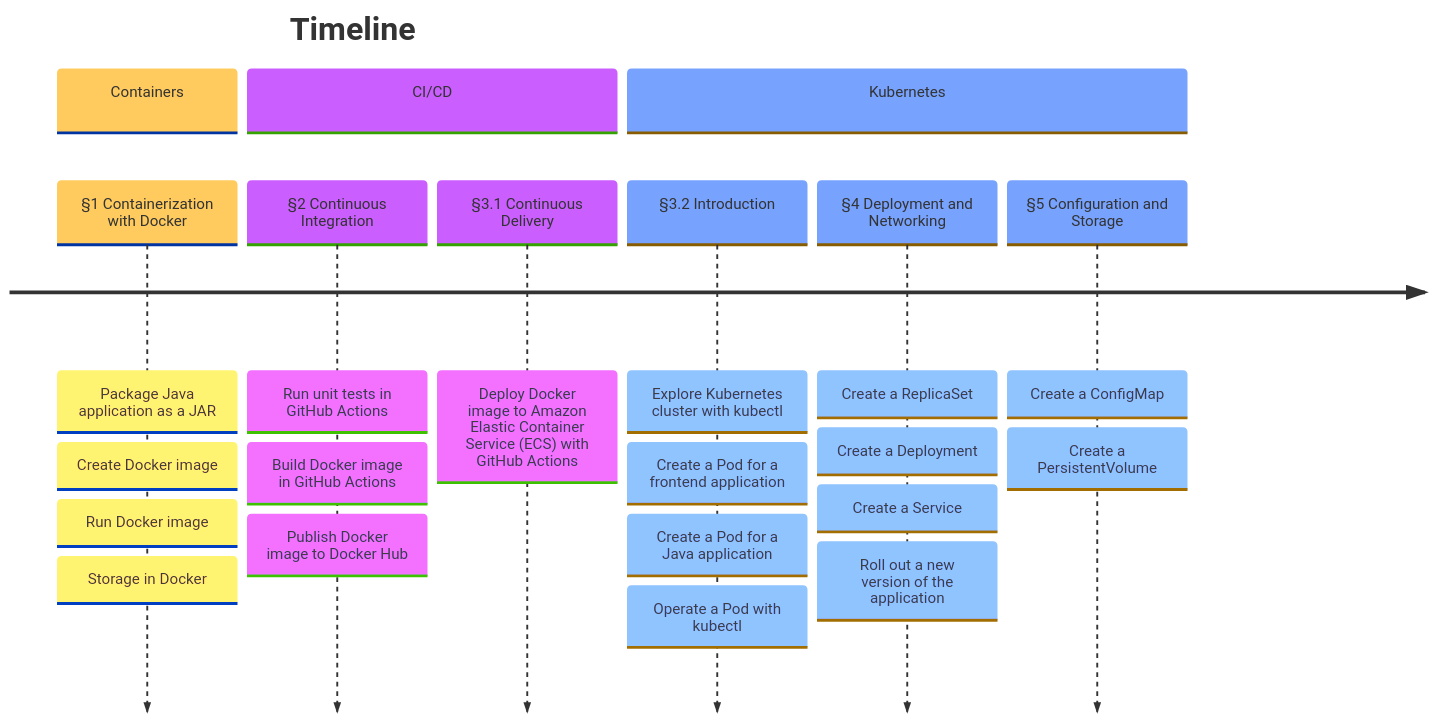
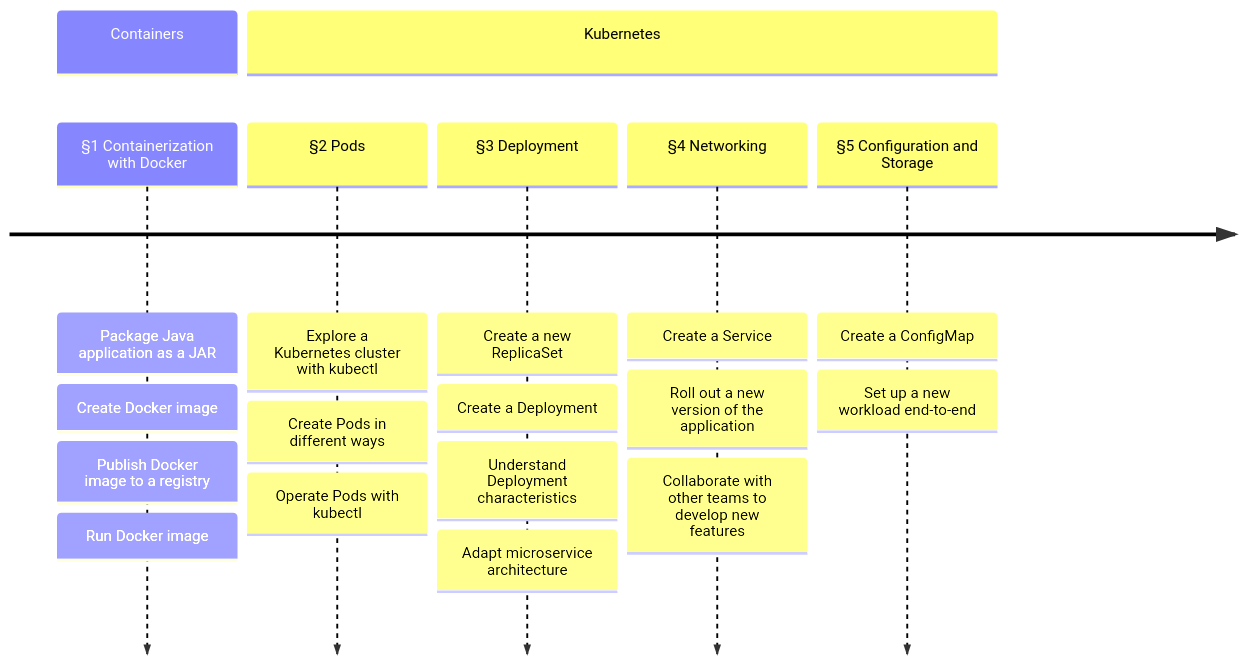
Before and after one commit to mincong-h/mincong-h.github.io: the diagram in esigelec/index.md, drawn with Mermaid. The commit also changed other lines of this file and 162 other files, not shown here.

````diff
--- a/esigelec/index.md
+++ b/esigelec/index.md
@@ -30,37 +30,26 @@
 ```mermaid
-%%{
-    init: {
-        'logLevel': 'debug',
-        'theme': 'base'
-    }
-}%%
 timeline
-    title Timeline
     section Containers
         §1 Containerization with Docker
             : Package Java application as a JAR
             : Create Docker image
+            : Publish Docker image to a registry
             : Run Docker image
-            : Storage in Docker
-    section CI/CD
-        §2 Continuous Integration
-            : Run unit tests in GitHub Actions
-            : Build Docker image in GitHub Actions
-            : Publish Docker image to Docker Hub
-        §3.1 Continuous Delivery
-            : Deploy Docker image to Amazon Elastic Container Service (ECS) with GitHub Actions
     section Kubernetes
-        §3.2 Introduction
-            : Explore Kubernetes cluster with kubectl
-            : Create a Pod for a frontend application
-            : Create a Pod for a Java application
-            : Operate a Pod with kubectl
-        §4 Deployment and Networking
-            : Create a ReplicaSet
+        §2 Pods
+            : Explore a Kubernetes cluster with kubectl
+            : Create Pods in different ways
+            : Operate Pods with kubectl
+        §3 Deployment
+            : Create a new ReplicaSet
             : Create a Deployment
+            : Understand Deployment characteristics
+            : Adapt microservice architecture
+        §4 Networking
             : Create a Service
             : Roll out a new version of the application
+            : Collaborate with other teams to develop new features
         §5 Configuration and Storage
             : Create a ConfigMap
-            : Create a PersistentVolume
+            : Set up a new workload end-to-end
 ```
````
